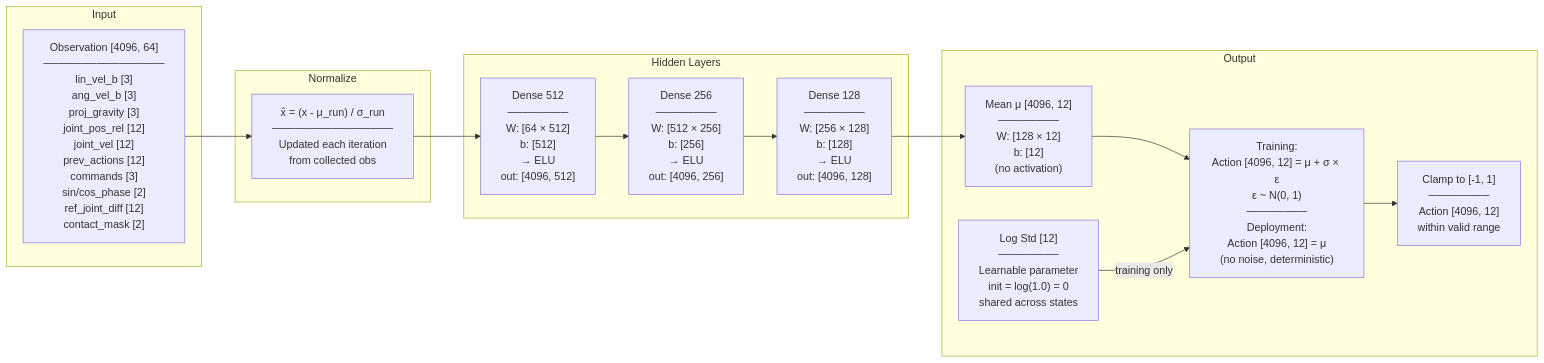
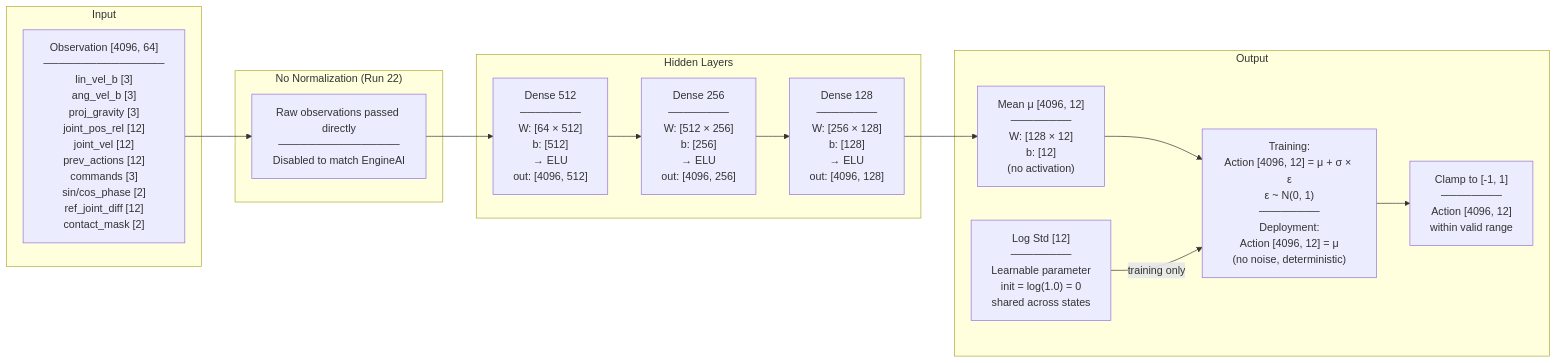
The second of 9 diagrams in docs/PPO_NETWORK.md (armmarov/armrobot), drawn with Mermaid before and after one commit. The commit also changed other lines of this file and 2 other files, not shown here.

First line of the commit message:
Run 22: Disable observation normalization to match EngineAI

````diff
--- a/docs/PPO_NETWORK.md
+++ b/docs/PPO_NETWORK.md
@@ -70,26 +70,26 @@
 ```mermaid
 flowchart LR
     subgraph INPUT["Input"]
         I["Observation [4096, 64]<br/>────────────────<br/>lin_vel_b [3]<br/>ang_vel_b [3]<br/>proj_gravity [3]<br/>joint_pos_rel [12]<br/>joint_vel [12]<br/>prev_actions [12]<br/>commands [3]<br/>sin/cos_phase [2]<br/>ref_joint_diff [12]<br/>contact_mask [2]"]
     end
 
-    subgraph NORMALIZE["Normalize"]
-        N["x̂ = (x - μ_run) / σ_run<br/>────────────────<br/>Updated each iteration<br/>from collected obs"]
+    subgraph NORMALIZE["No Normalization (Run 22)"]
+        N["Raw observations passed directly<br/>────────────────<br/>Disabled to match EngineAI"]
     end
 
     subgraph HIDDEN["Hidden Layers"]
         H1["Dense 512<br/>────────<br/>W: [64 × 512]<br/>b: [512]<br/>→ ELU<br/>out: [4096, 512]"]
         H2["Dense 256<br/>────────<br/>W: [512 × 256]<br/>b: [256]<br/>→ ELU<br/>out: [4096, 256]"]
         H3["Dense 128<br/>────────<br/>W: [256 × 128]<br/>b: [128]<br/>→ ELU<br/>out: [4096, 128]"]
     end
 
     subgraph OUTPUT["Output"]
         MU["Mean μ [4096, 12]<br/>────────<br/>W: [128 × 12]<br/>b: [12]<br/>(no activation)"]
         SIGMA["Log Std [12]<br/>────────<br/>Learnable parameter<br/>init = log(1.0) = 0<br/>shared across states"]
         SAMPLE["Training:<br/>Action [4096, 12] = μ + σ × ε<br/>ε ~ N(0, 1)<br/>────────<br/>Deployment:<br/>Action [4096, 12] = μ<br/>(no noise, deterministic)"]
         CLAMP["Clamp to [-1, 1]<br/>────────<br/>Action [4096, 12]<br/>within valid range"]
     end
 
     I --> N --> H1 --> H2 --> H3 --> MU --> SAMPLE --> CLAMP
     SIGMA -->|"training only"| SAMPLE
 ```
````
